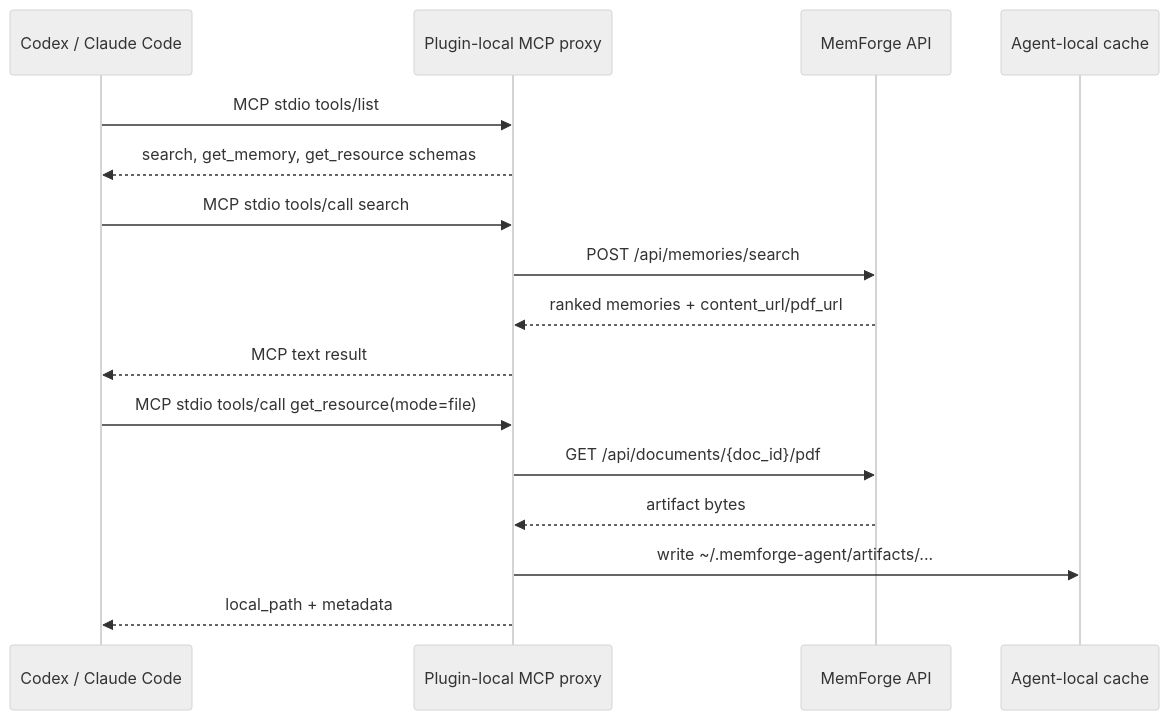
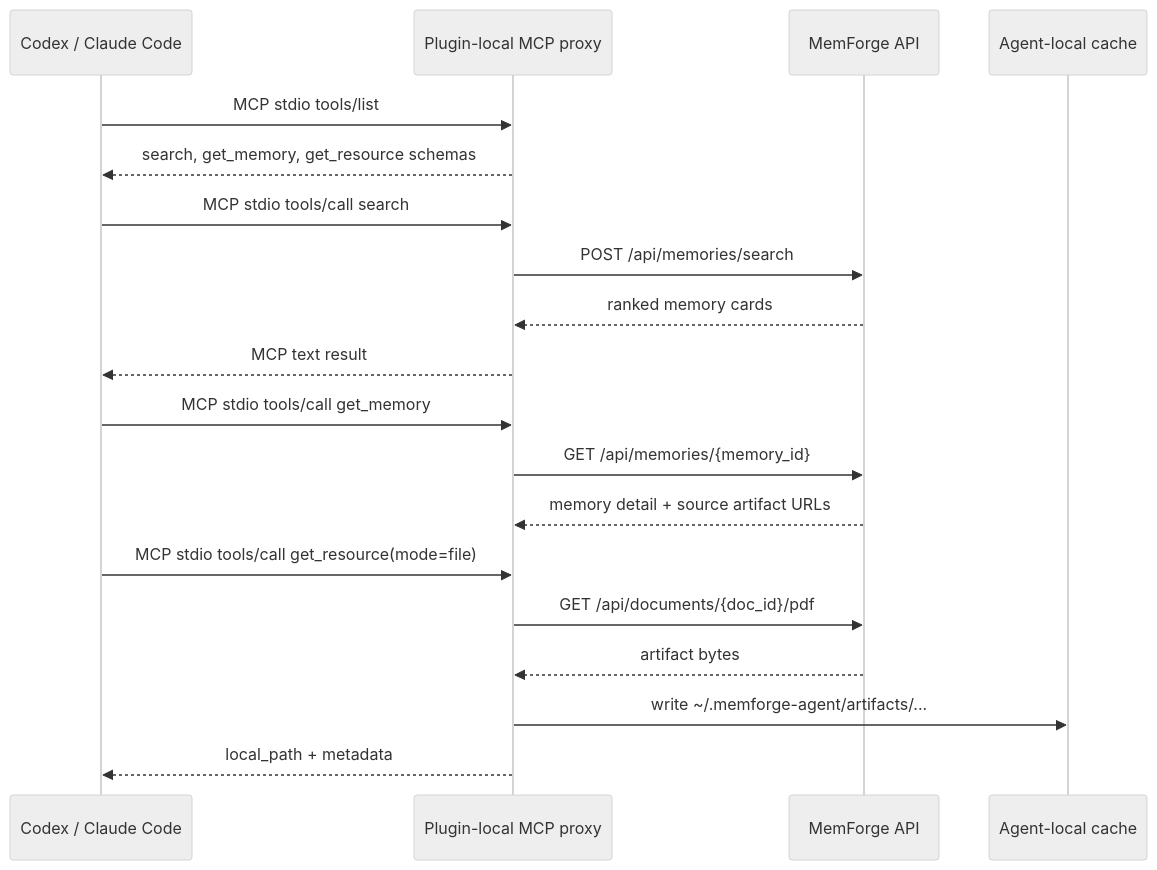
The diagram in docs/integrations/agent-clients.md (shno-labs/mem-forge), drawn with Mermaid (neutral theme) before and after one commit. The commit also changed other lines of this file and 25 other files, not shown here.

````diff
--- a/docs/integrations/agent-clients.md
+++ b/docs/integrations/agent-clients.md
@@ -40,19 +40,22 @@
 ```mermaid
 sequenceDiagram
   participant Agent as Codex / Claude Code
   participant Proxy as Plugin-local MCP proxy
   participant Service as MemForge API
   participant Cache as Agent-local cache
 
   Agent->>Proxy: MCP stdio tools/list
   Proxy-->>Agent: search, get_memory, get_resource schemas
   Agent->>Proxy: MCP stdio tools/call search
   Proxy->>Service: POST /api/memories/search
-  Service-->>Proxy: ranked memories + content_url/pdf_url
+  Service-->>Proxy: ranked memory cards
   Proxy-->>Agent: MCP text result
+  Agent->>Proxy: MCP stdio tools/call get_memory
+  Proxy->>Service: GET /api/memories/{memory_id}
+  Service-->>Proxy: memory detail + source artifact URLs
   Agent->>Proxy: MCP stdio tools/call get_resource(mode=file)
   Proxy->>Service: GET /api/documents/{doc_id}/pdf
   Service-->>Proxy: artifact bytes
   Proxy->>Cache: write ~/.memforge-agent/artifacts/...
   Proxy-->>Agent: local_path + metadata
 ```
````
